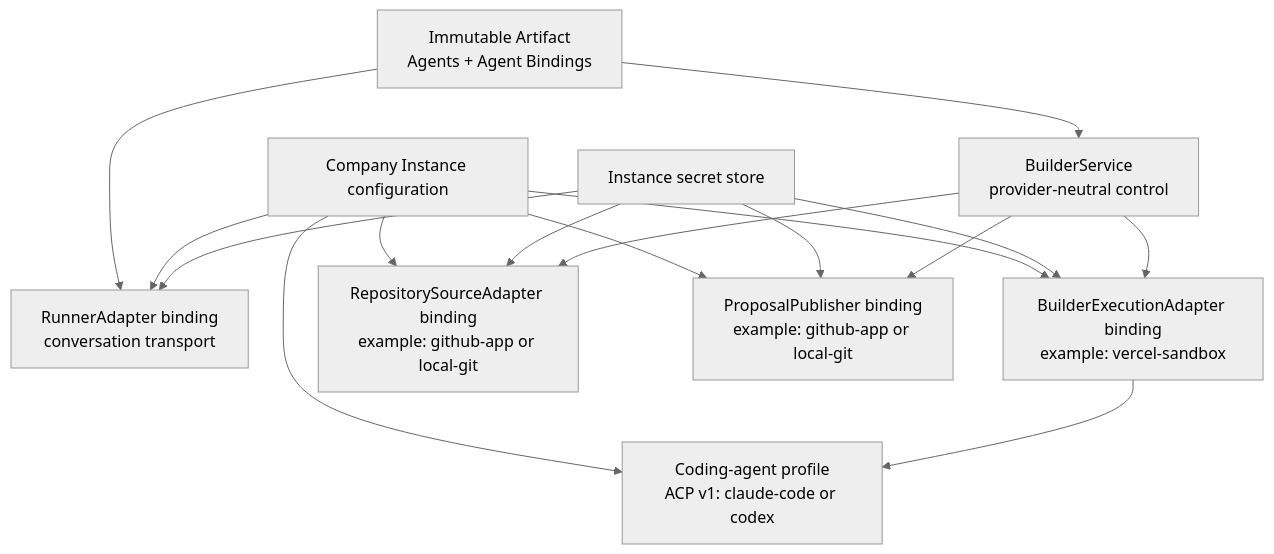
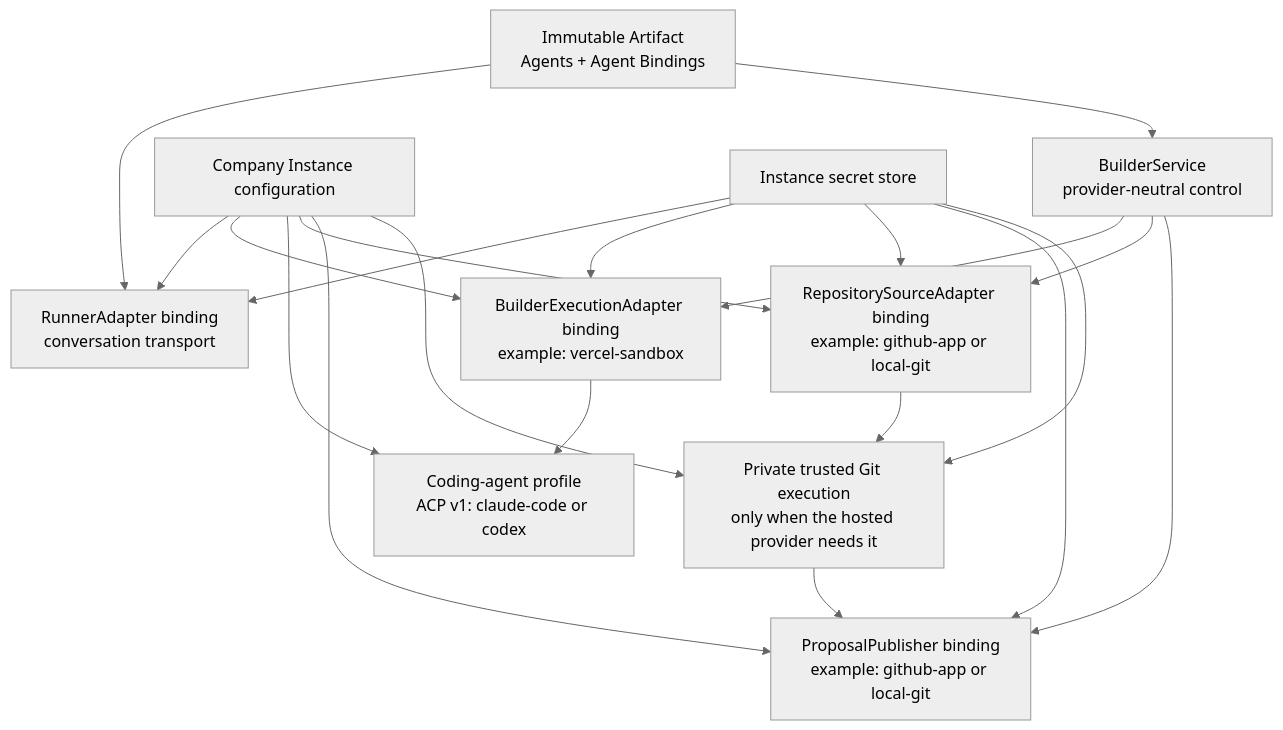
Before and after one commit to oregano-os/oregano: the second of 3 diagrams in docs/architecture/company-instance.md, drawn with Mermaid (neutral theme). The commit also changed other lines of this file and 24 other files, not shown here.

Commit message:
Qualify trusted Git and onboarding path

````diff
--- a/docs/architecture/company-instance.md
+++ b/docs/architecture/company-instance.md
@@ -43,18 +43,22 @@
 ```mermaid
 flowchart TB
     A["Immutable Artifact<br/>Agents + Agent Bindings"] --> R["RunnerAdapter binding<br/>conversation transport"]
     A --> BS["BuilderService<br/>provider-neutral control"]
     I["Company Instance configuration"] --> R
     I --> ER["BuilderExecutionAdapter binding<br/>example: vercel-sandbox"]
     I --> CP["Coding-agent profile<br/>ACP v1: claude-code or codex"]
     I --> RS["RepositorySourceAdapter binding<br/>example: github-app or local-git"]
     I --> PP["ProposalPublisher binding<br/>example: github-app or local-git"]
+    I --> TG["Private trusted Git execution<br/>only when the hosted provider needs it"]
     S["Instance secret store"] --> R
     S --> ER
     S --> RS
     S --> PP
+    S --> TG
     BS --> ER
     ER --> CP
     BS --> RS
     BS --> PP
+    RS --> TG
+    TG --> PP
 ```
````
